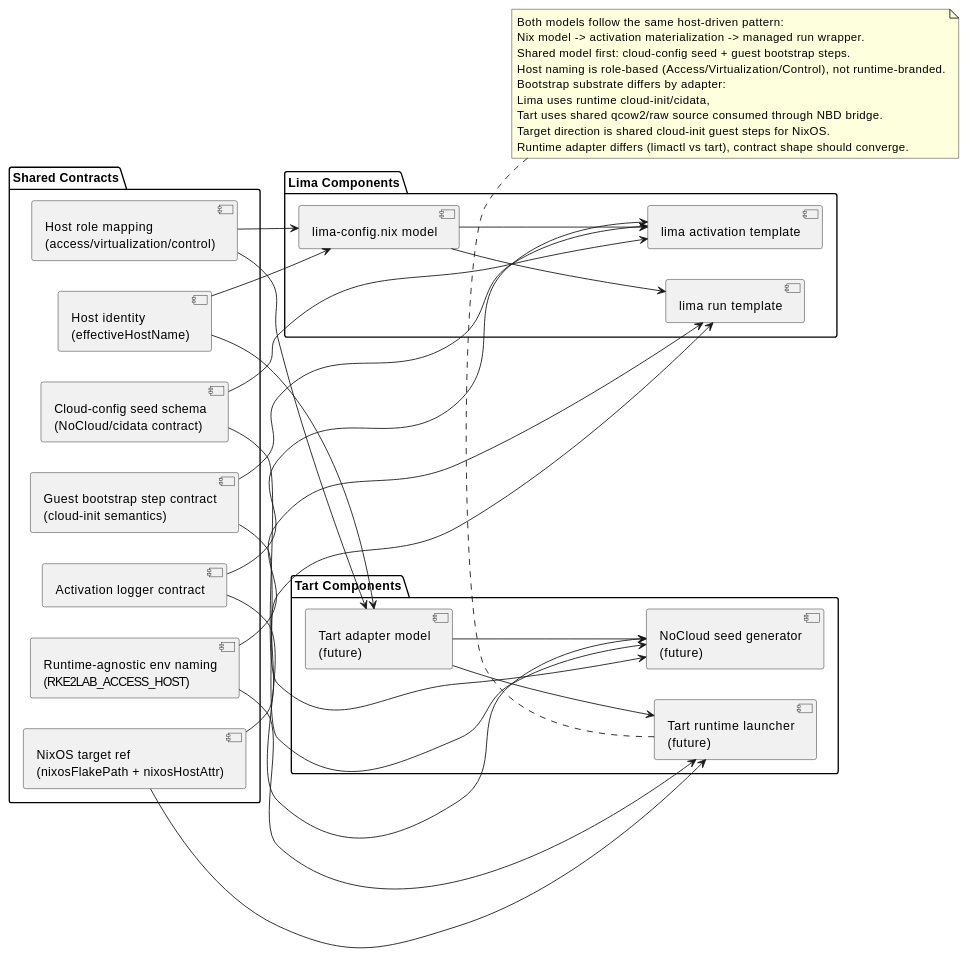
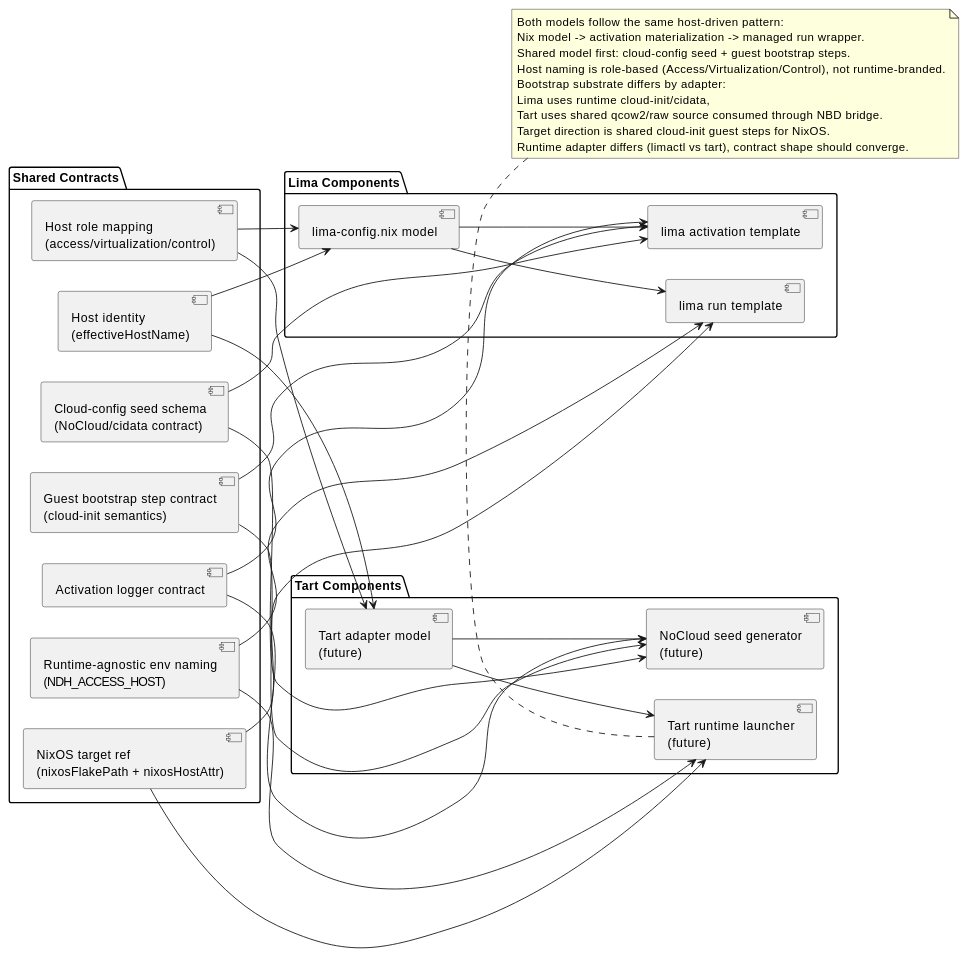
Before and after one commit to seedmatic/ndh: the third of 3 diagrams in docs/vm-configuration-models-c4.adoc, drawn with PlantUML. The commit also changed other lines of this file and 6 other files, not shown here.

Commit message:
chore(env): adopt NDH host identity variable namespace @codebase @copilot

```diff
--- a/docs/vm-configuration-models-c4.adoc
+++ b/docs/vm-configuration-models-c4.adoc
@@ -384,63 +387,63 @@
 [plantuml]
 ----
 @startuml
 ' @codebase
 left to right direction
 
 package "Shared Contracts" {
   [Host identity\n(effectiveHostName)] as identity
   [Host role mapping\n(access/virtualization/control)] as hostroles
   [Cloud-config seed schema\n(NoCloud/cidata contract)] as seed
   [Guest bootstrap step contract\n(cloud-init semantics)] as gueststeps
   [NixOS target ref\n(nixosFlakePath + nixosHostAttr)] as nixosref
-  [Runtime-agnostic env naming\n(RKE2LAB_ACCESS_HOST)] as envnaming
+  [Runtime-agnostic env naming\n(NDH_ACCESS_HOST)] as envnaming
   [Activation logger contract] as actlog
 }
 
 package "Lima Components" {
   [lima-config.nix model] as lcmodel
   [lima activation template] as lcact
   [lima run template] as lcrun
 }
 
 package "Tart Components" {
   [Tart adapter model\n(future)] as tcmodel
   [NoCloud seed generator\n(future)] as tcact
   [Tart runtime launcher\n(future)] as tcrun
 }
 
 identity --> lcmodel
 identity --> tcmodel
 hostroles --> lcmodel
 hostroles --> tcmodel
 seed --> lcact
 seed --> tcact
 gueststeps --> lcact
 gueststeps --> tcact
 nixosref --> lcrun
 nixosref --> tcrun
 envnaming --> lcrun
 envnaming --> tcrun
 actlog --> lcact
 actlog --> tcact
 
 lcmodel --> lcact
 lcmodel --> lcrun
 
 tcmodel --> tcact
 
 tcmodel --> tcrun
 
 note bottom
   Both models follow the same host-driven pattern:
   Nix model -> activation materialization -> managed run wrapper.
   Shared model first: cloud-config seed + guest bootstrap steps.
   Host naming is role-based (Access/Virtualization/Control), not runtime-branded.
   Bootstrap substrate differs by adapter:
   Lima uses runtime cloud-init/cidata,
   Tart uses shared qcow2/raw source consumed through NBD bridge.
   Target direction is shared cloud-init guest steps for NixOS.
   Runtime adapter differs (limactl vs tart), contract shape should converge.
 end note
 @enduml
 ----
```
